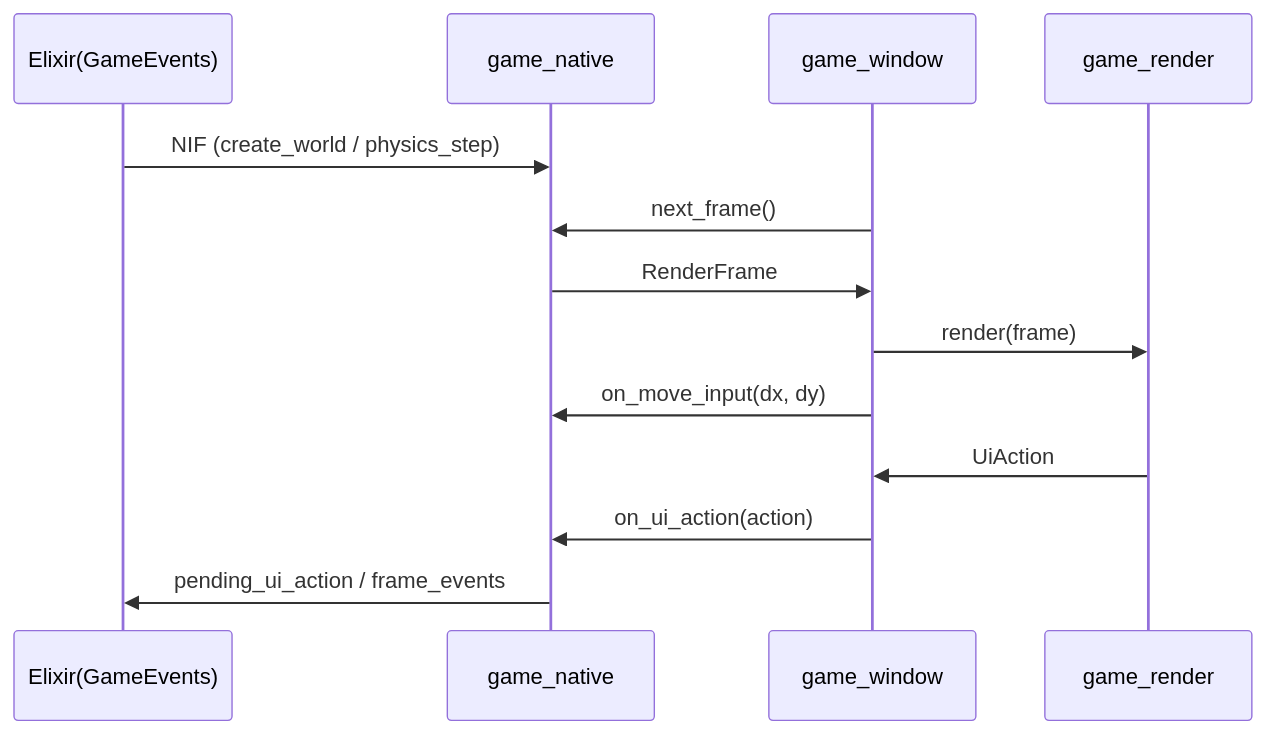
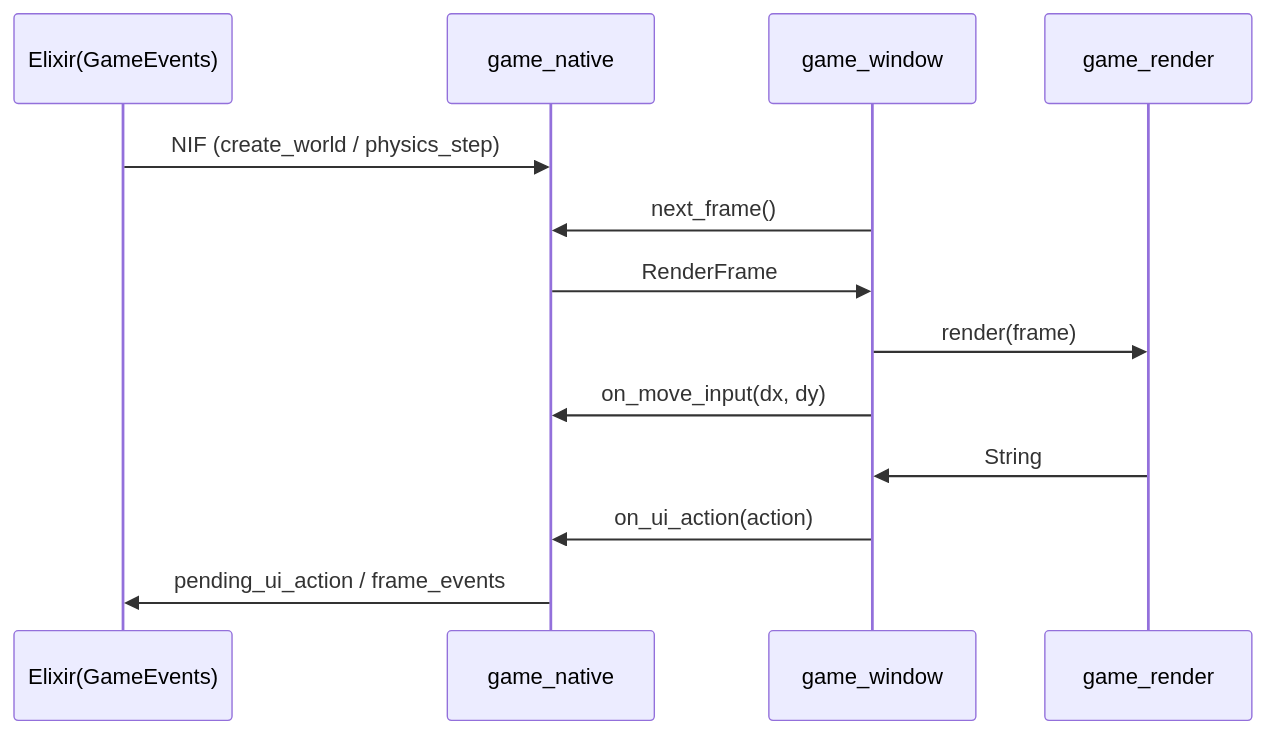
One commit to FRICK-ELDY/elixir_rust changed the third of 3 diagrams in docs/06_system_design/FOLDER_CONNECTIONS.md. Above: the diagram before and after it, drawn with Mermaid.

Commit message:
ai check

````diff
--- a/docs/06_system_design/FOLDER_CONNECTIONS.md
+++ b/docs/06_system_design/FOLDER_CONNECTIONS.md
@@ -90,16 +90,16 @@
 ```mermaid
 sequenceDiagram
     participant E as Elixir(GameEvents)
     participant N as game_native
     participant W as game_window
     participant R as game_render
 
     E->>N: NIF (create_world / physics_step)
     W->>N: next_frame()
     N->>W: RenderFrame
     W->>R: render(frame)
     W->>N: on_move_input(dx, dy)
-    R->>W: UiAction
+    R->>W: String
     W->>N: on_ui_action(action)
     N->>E: pending_ui_action / frame_events
 ```
````
